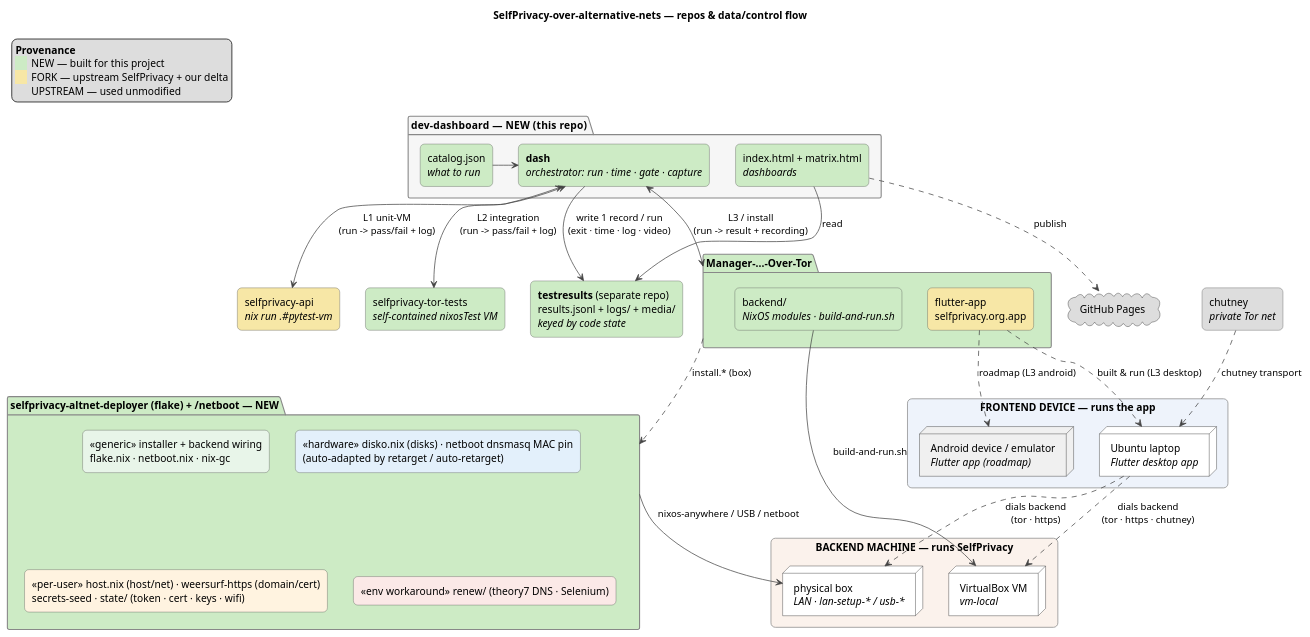
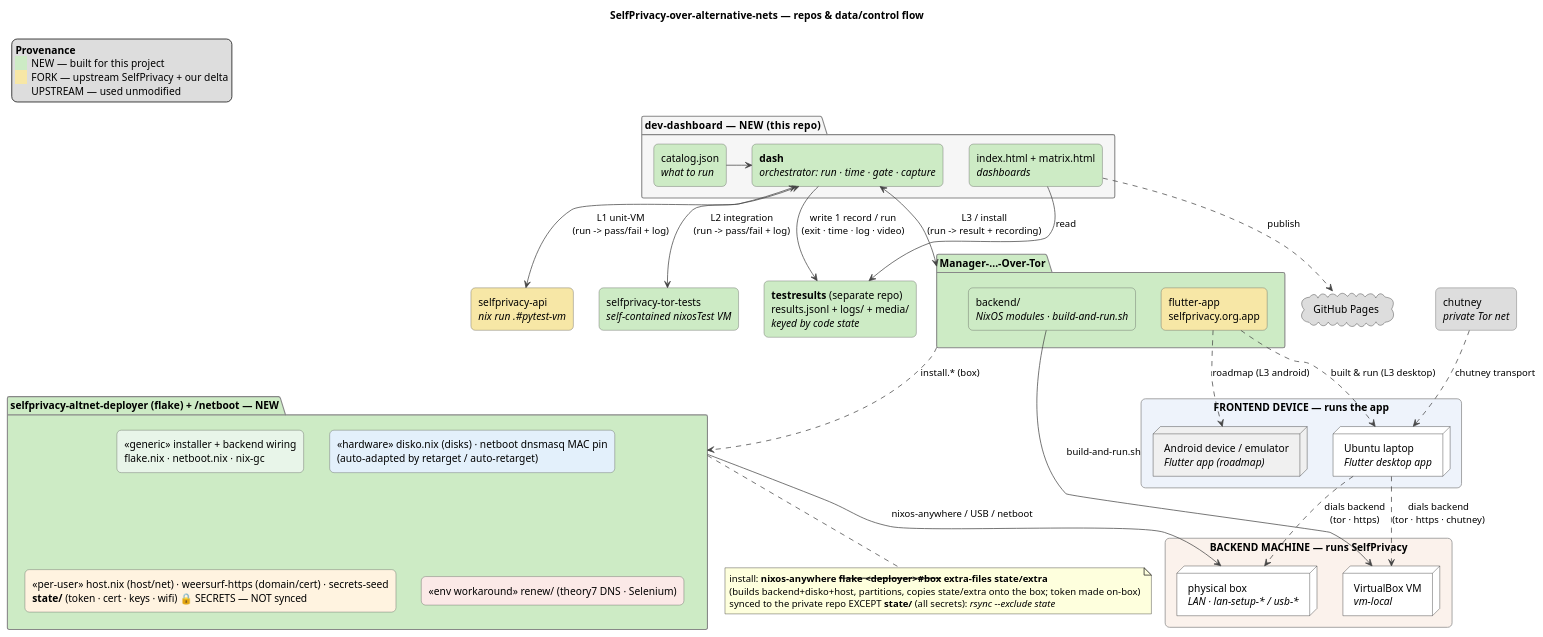
Before and after one commit to selfprivacy-over-alternative-nets/dev-dashboard: the diagram in docs/architecture.puml, drawn with PlantUML. The commit also changed 2 other files, not shown here.

Commit message:
deployer_questions: answer A-D; clarify the deployer block (what's synced, how it installs)
A: map of the deployer's contents + how nixos-anywhere installs it + what's synced (all but state/).
   Diagram: state/ flagged '🔒 SECRETS — NOT synced'; a note shows the install cmd + rsync --exclude state.
B: generic core + tiny per-instance input (domain/wifi/disk); CLI wizard or web form; instances/<name>.
C: generalise host.nix hw via facter; the irreducible non-auto bits are OUTSIDE the box (TLS cert,
   public reachability, DNS, firmware) — default to .onion to remove most.
D: one password = symmetric (already PQ-adequate): age -p over state/ → push state.age; or sops-nix.

```diff
--- a/docs/architecture.puml
+++ b/docs/architecture.puml
@@ -1,82 +1,87 @@
 @startuml architecture
 ' SelfPrivacy-over-alternative-nets — repos and how they connect.
 ' Rendered deterministically to architecture.svg by docs/render-diagrams.sh (pinned plantuml).
 title SelfPrivacy-over-alternative-nets — repos & data/control flow
 
 skinparam shadowing false
 skinparam defaultFontName Helvetica
 skinparam ArrowColor #444444
 skinparam rectangle {
   BorderColor #555555
   roundCorner 12
 }
 skinparam package {
   BorderColor #888888
   BackgroundColor #F6F6F6
 }
 
 legend top left
 <b>Provenance</b>
 <back:#CDEBC5>    </back>  NEW — built for this project
 <back:#F7E7A6>    </back>  FORK — upstream SelfPrivacy + our delta
 <back:#DDDDDD>    </back>  UPSTREAM — used unmodified
 endlegend
 
 package "dev-dashboard  —  NEW (this repo)" {
   rectangle "catalog.json\n<i>what to run</i>" as cat #CDEBC5
   rectangle "<b>dash</b>\n<i>orchestrator: run · time · gate · capture</i>" as dash #CDEBC5
   rectangle "index.html + matrix.html\n<i>dashboards</i>" as ui #CDEBC5
 }
 
 rectangle "<b>testresults</b> (separate repo)\nresults.jsonl + logs/ + media/\n<i>keyed by code state</i>" as tr #CDEBC5
 cloud "GitHub Pages" as pages #DDDDDD
 
 cat -right-> dash
 dash --> tr : write 1 record / run\n(exit · time · log · video)
 ui --> tr : read
 ui ..> pages : publish
 
 package "Manager-...-Over-Tor" as mgr #CDEBC5 {
   rectangle "backend/\n<i>NixOS modules · build-and-run.sh</i>" as backend #CDEBC5
   rectangle "flutter-app\nselfprivacy.org.app" as app #F7E7A6
 }
 rectangle "selfprivacy-api\n<i>nix run .#pytest-vm</i>" as api #F7E7A6
 rectangle "selfprivacy-tor-tests\n<i>self-contained nixosTest VM</i>" as tests #CDEBC5
 
 ' dev-dashboard RUNS each target and CAPTURES its result (exit/log/video) → then writes the record.
 dash <--> api    : L1 unit-VM\n(run -> pass/fail + log)
 dash <--> tests  : L2 integration\n(run -> pass/fail + log)
 dash <--> mgr    : L3 / install\n(run -> result + recording)
 
 ' The deployer, expanded by what each piece VARIES BY (ordered generic → hardware → per-user → env):
 ' generic = reusable as-is; hardware = auto-adapted per device; per-user = inputs per install;
 ' env = environment-specific workaround. Scaling = shrink everything below «generic» to auto/inputs.
 package "selfprivacy-altnet-deployer (flake) + ~/netboot — NEW" as deploy #CDEBC5 {
   rectangle "«generic» installer + backend wiring\nflake.nix · netboot.nix · nix-gc" as d_gen #E8F5E9
   rectangle "«hardware» disko.nix (disks) · netboot dnsmasq MAC pin\n(auto-adapted by retarget / auto-retarget)" as d_hw #E3F0FB
-  rectangle "«per-user» host.nix (host/net) · weersurf-https (domain/cert)\nsecrets-seed · state/ (token · cert · keys · wifi)" as d_user #FFF3E0
+  rectangle "«per-user» host.nix (host/net) · weersurf-https (domain/cert) · secrets-seed\n<b>state/</b> (token · cert · keys · wifi)  🔒 SECRETS — NOT synced" as d_user #FFF3E0
   rectangle "«env workaround» renew/ (theory7 DNS · Selenium)" as d_env #FBE9E7
 }
+note bottom of deploy
+  install: <b>nixos-anywhere --flake <deployer>#box --extra-files state/extra</b>
+  (builds backend+disko+host, partitions, copies state/extra onto the box; token made on-box)
+  synced to the private repo EXCEPT <b>state/</b> (all secrets): <i>rsync --exclude state</i>
+end note
 rectangle "chutney\n<i>private Tor net</i>" as chut #DDDDDD
 
 ' The app (a repo) is BUILT and RUN on a FRONTEND DEVICE — kept distinct from the BACKEND MACHINE
 ' that runs SelfPrivacy. L3 pairs one of each; the app dials the backend over a transport.
 rectangle "FRONTEND DEVICE — runs the app" as FE #EEF3FB {
   node "Ubuntu laptop\n<i>Flutter desktop app</i>" as fedesk #FFFFFF
   node "Android device / emulator\n<i>Flutter app (roadmap)</i>" as feandroid #F0F0F0
 }
 rectangle "BACKEND MACHINE — runs SelfPrivacy" as BE #FBF2EC {
   node "VirtualBox VM\n<i>vm-local</i>" as vm #FFFFFF
   node "physical box\n<i>LAN · lan-setup-* / usb-*</i>" as box #FFFFFF
 }
 
 app ..> fedesk    : built & run (L3 desktop)
 app ..> feandroid : roadmap (L3 android)
 backend --> vm    : build-and-run.sh
 deploy  --> box   : nixos-anywhere / USB / netboot
 mgr     ..> deploy : install.* (box)
 fedesk ..> vm     : dials backend\n(tor · https · chutney)
 fedesk ..> box    : dials backend\n(tor · https)
 chut ..> fedesk   : chutney transport
 
 @enduml
```
